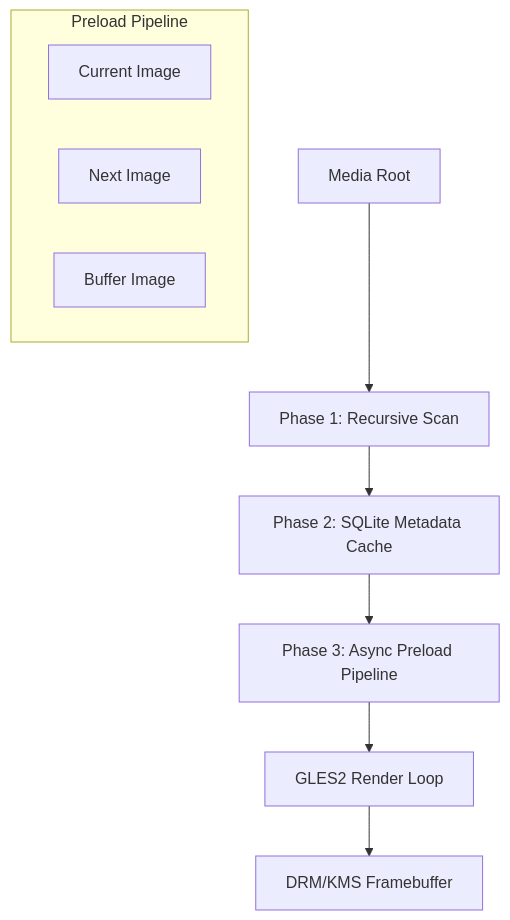
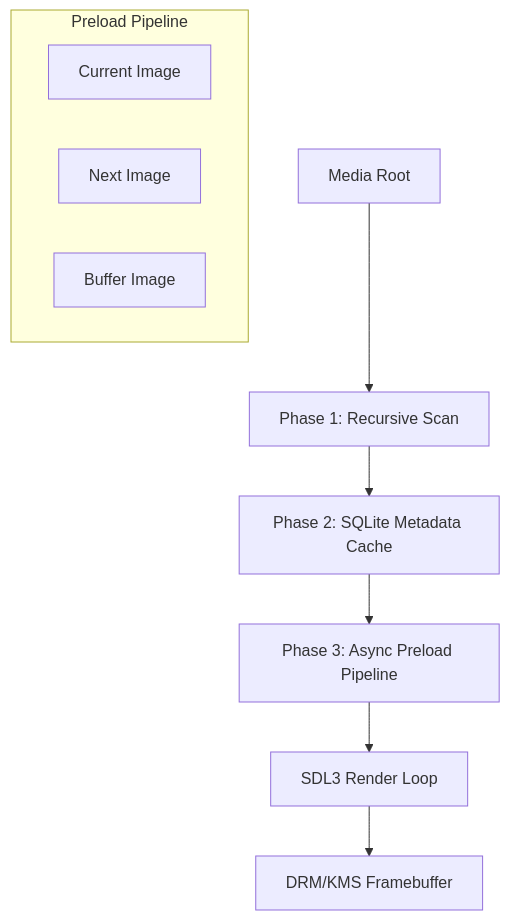
One commit to UnDadFeated/piTrove changed the diagram in README.md. Above: the diagram before and after it, drawn with Mermaid. The commit also changed other lines of this file, not shown here.

Commit message:
docs: Update README.md to reflect SDL3 migration, video features, and exact folder structure

````diff
--- a/README.md
+++ b/README.md
@@ -54,14 +54,14 @@
 ```mermaid
 graph TD
     A[Media Root] --> B[Phase 1: Recursive Scan]
     B --> C[Phase 2: SQLite Metadata Cache]
     C --> D[Phase 3: Async Preload Pipeline]
-    D --> E[GLES2 Render Loop]
+    D --> E[SDL3 Render Loop]
     E --> F[DRM/KMS Framebuffer]
     
     subgraph "Preload Pipeline"
     D1[Current Image]
     D2[Next Image]
     D3[Buffer Image]
     end
 ```
````
